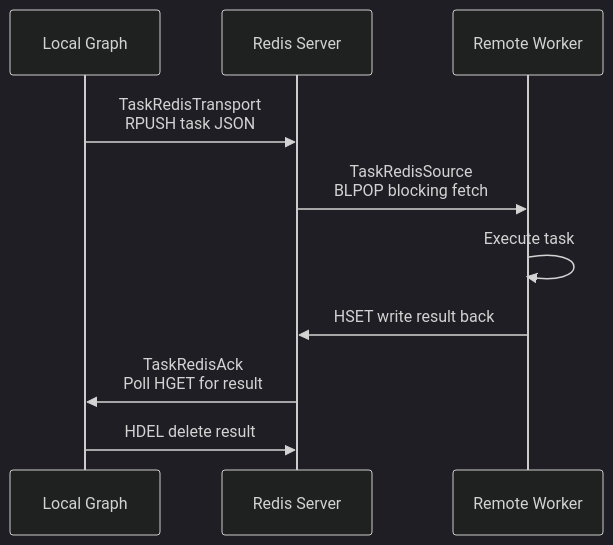
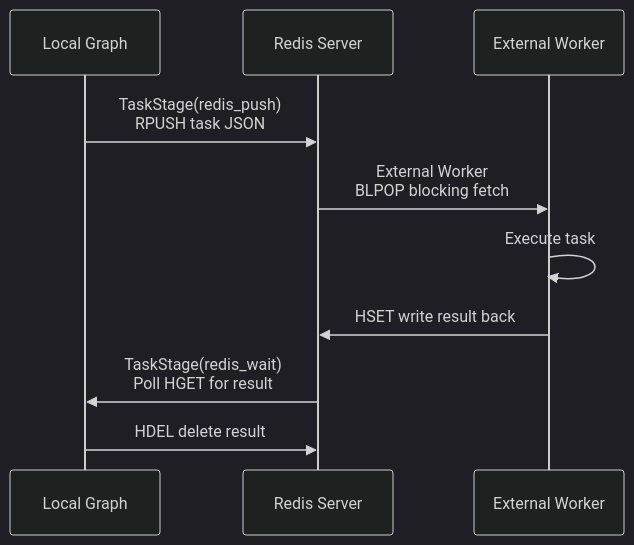
One commit to Mr-xiaotian/CelestialFlow changed the fifth of 9 diagrams in docs/en/presentation.md. Above: the diagram before and after it, drawn with Mermaid (dark theme). The commit also changed other lines of this file and 168 other files, not shown here.

````diff
--- a/docs/en/presentation.md
+++ b/docs/en/presentation.md
@@ -285,13 +285,13 @@
 ```mermaid
 sequenceDiagram
     participant Local as Local Graph
     participant Redis as Redis Server
-    participant Remote as Remote Worker
+    participant Remote as External Worker
 
-    Local->>Redis: TaskRedisTransport<br/>RPUSH task JSON
-    Redis->>Remote: TaskRedisSource<br/>BLPOP blocking fetch
+    Local->>Redis: TaskStage(redis_push)<br/>RPUSH task JSON
+    Redis->>Remote: External Worker<br/>BLPOP blocking fetch
     Remote->>Remote: Execute task
     Remote->>Redis: HSET write result back
-    Redis->>Local: TaskRedisAck<br/>Poll HGET for result
+    Redis->>Local: TaskStage(redis_wait)<br/>Poll HGET for result
     Local->>Redis: HDEL delete result
 ```
````
